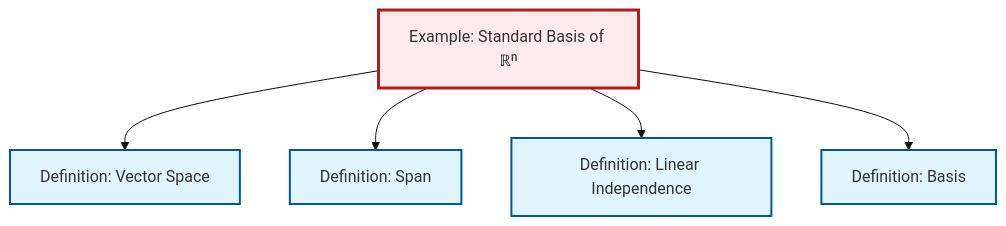
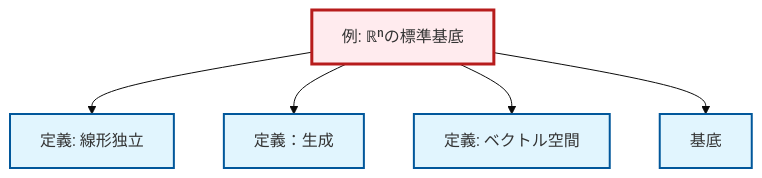
One commit to RK0429/ModernMath changed the diagram in content/ja/algebra/ex-standard-basis-rn.qmd. Above: the diagram before and after it, drawn with Mermaid (base theme). The commit also changed 1069 other files, not shown here.

````diff
--- a/content/ja/algebra/ex-standard-basis-rn.qmd
+++ b/content/ja/algebra/ex-standard-basis-rn.qmd
@@ -63,23 +63,23 @@
 ```{mermaid}
 %%| fig-cap: "Local dependency graph"
 graph TD
     classDef definition fill:#e1f5fe,stroke:#01579b,stroke-width:2px
     classDef theorem fill:#f3e5f5,stroke:#4a148c,stroke-width:2px
     classDef axiom fill:#fff3e0,stroke:#e65100,stroke-width:2px
     classDef example fill:#e8f5e9,stroke:#1b5e20,stroke-width:2px
     classDef current fill:#ffebee,stroke:#b71c1c,stroke-width:3px
-    ex-standard-basis-rn["Example: Standard Basis of ℝⁿ"]:::example
-    def-span["Definition: Span"]:::definition
-    def-basis["Definition: Basis"]:::definition
-    def-linear-independence["Definition: Linear Independence"]:::definition
-    def-vector-space["Definition: Vector Space"]:::definition
+    def-vector-space["定義: ベクトル空間"]:::definition
+    def-basis["基底"]:::definition
+    def-span["定義：生成"]:::definition
+    ex-standard-basis-rn["例: ℝⁿの標準基底"]:::example
+    def-linear-independence["定義: 線形独立"]:::definition
+    ex-standard-basis-rn --> def-linear-independence
+    ex-standard-basis-rn --> def-span
     ex-standard-basis-rn --> def-vector-space
-    ex-standard-basis-rn --> def-span
-    ex-standard-basis-rn --> def-linear-independence
     ex-standard-basis-rn --> def-basis
     class ex-standard-basis-rn current
-    click def-span "def-span.html" "Definition: Spanへ"
-    click def-basis "def-basis.html" "Definition: Basisへ"
-    click def-linear-independence "def-linear-independence.html" "Definition: Linear Independenceへ"
-    click def-vector-space "def-vector-space.html" "Definition: Vector Spaceへ"
+    click def-vector-space "def-vector-space.html" "ベクトル空間の定義へ"
+    click def-basis "def-basis.html" "基底へ"
+    click def-span "def-span.html" "定義：生成へ"
+    click def-linear-independence "def-linear-independence.html" "線形独立の定義へ"
 ```
````
